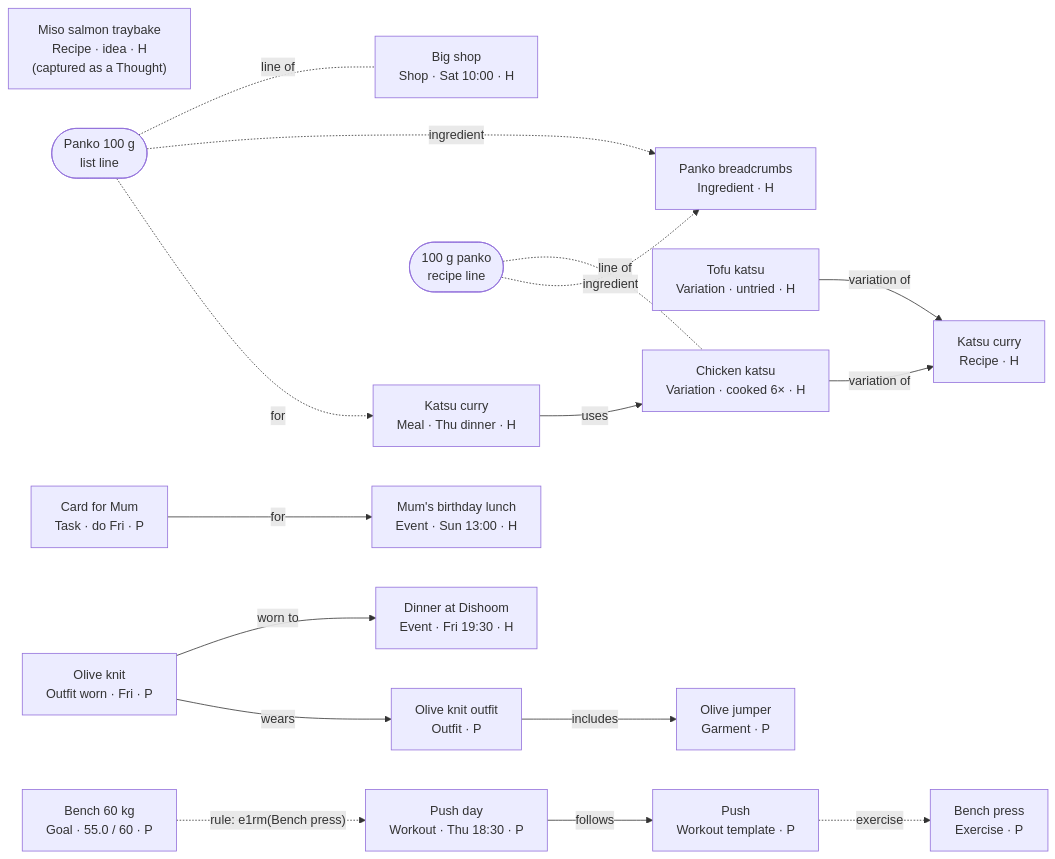
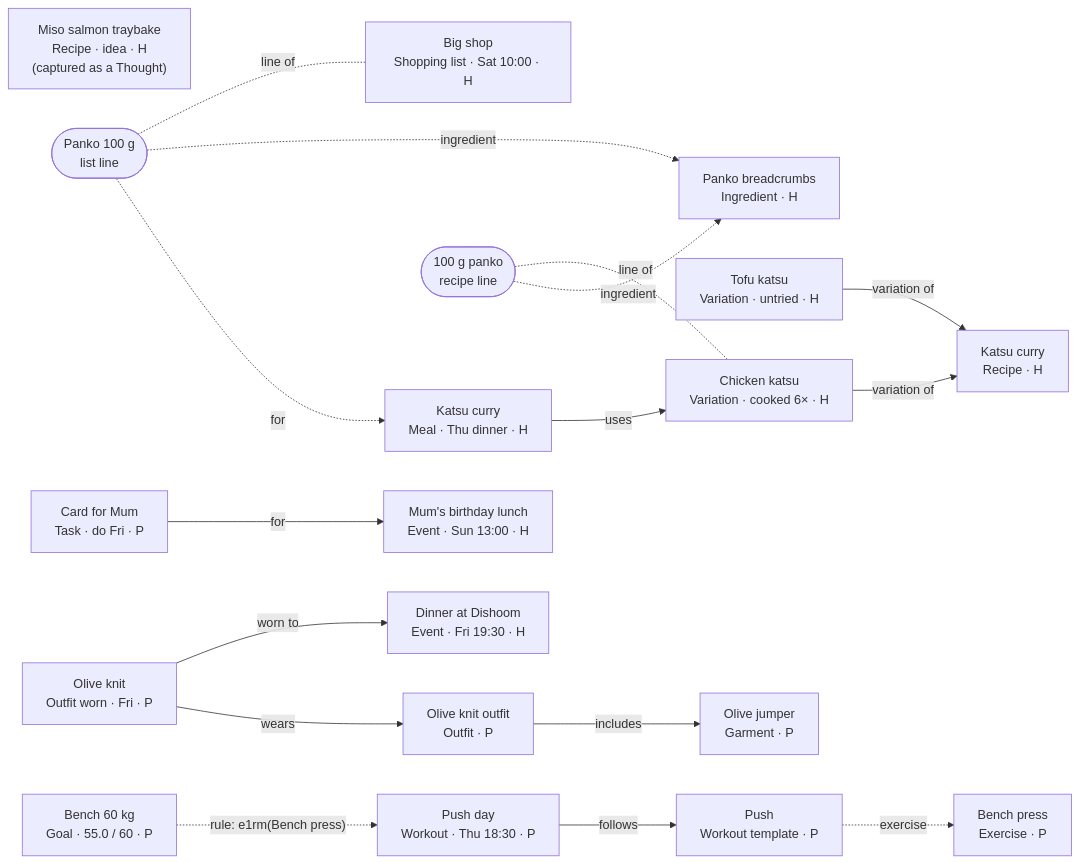
Before and after one commit to joestables/lifeos: the second of 2 diagrams in docs/20-architecture/data-model.md, drawn with Mermaid. The commit also changed other lines of this file and 35 other files, not shown here.

First line of the commit message:
Stage 4, step 1: first draft of the food spec; one Shopping list Type

````diff
--- a/docs/20-architecture/data-model.md
+++ b/docs/20-architecture/data-model.md
@@ -396,38 +390,38 @@
 ```mermaid
 flowchart LR
   RD["Katsu curry<br/>Recipe · H"]
   R1["Chicken katsu<br/>Variation · cooked 6× · H"]
   R2["Tofu katsu<br/>Variation · untried · H"]
   R3["Miso salmon traybake<br/>Recipe · idea · H<br/>(captured as a Thought)"]
   M["Katsu curry<br/>Meal · Thu dinner · H"]
-  S["Big shop<br/>Shop · Sat 10:00 · H"]
+  S["Big shop<br/>Shopping list · Sat 10:00 · H"]
   L(["Panko 100 g<br/>list line"])
   RL(["100 g panko<br/>recipe line"])
   I["Panko breadcrumbs<br/>Ingredient · H"]
   E1["Dinner at Dishoom<br/>Event · Fri 19:30 · H"]
   E2["Mum's birthday lunch<br/>Event · Sun 13:00 · H"]
   T["Card for Mum<br/>Task · do Fri · P"]
   OW["Olive knit<br/>Outfit worn · Fri · P"]
   O["Olive knit outfit<br/>Outfit · P"]
   G["Olive jumper<br/>Garment · P"]
   W["Push day<br/>Workout · Thu 18:30 · P"]
   TP["Push<br/>Workout template · P"]
   X["Bench press<br/>Exercise · P"]
   GL["Bench 60 kg<br/>Goal · 55.0 / 60 · P"]
 
   M -- uses --> R1
   R1 -- variation of --> RD
   R2 -- variation of --> RD
   RL -. line of .- R1
   RL -. ingredient .-> I
   L -. line of .- S
   L -. ingredient .-> I
   L -. for .-> M
   OW -- worn to --> E1
   OW -- wears --> O
   O -- includes --> G
   T -- for --> E2
   W -- follows --> TP
   TP -. exercise .-> X
   GL -. "rule: e1rm(Bench press)" .-> W
 ```
````
